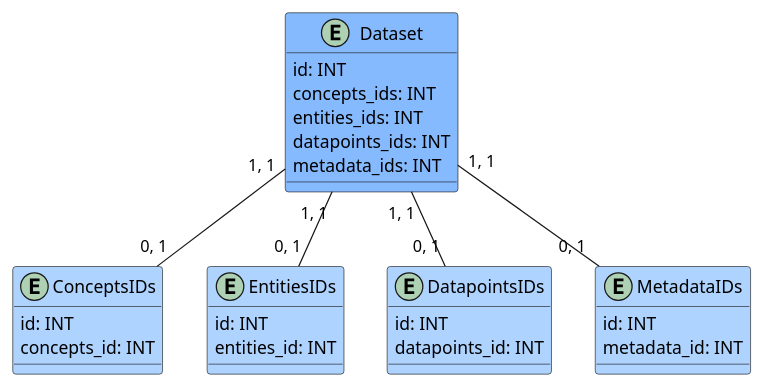
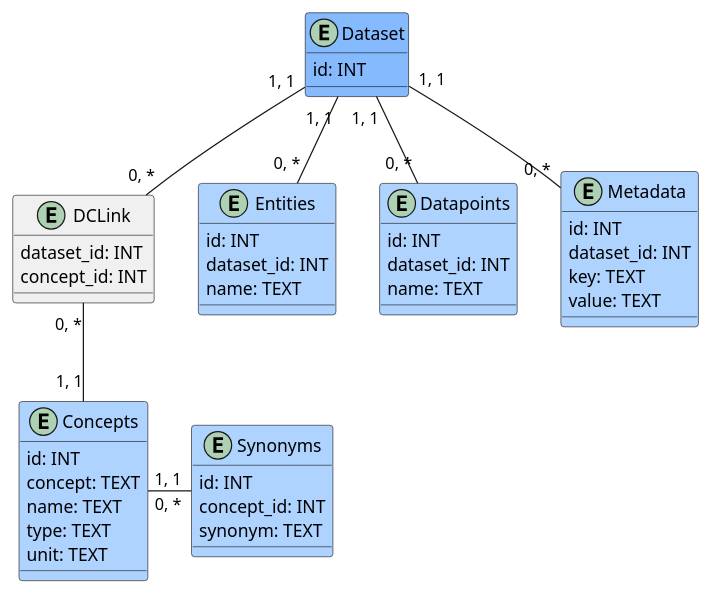
Before and after one commit to hate-crew-member-41/Bricks: the diagram in src/puml/ERM.puml, drawn with PlantUML. The commit also changed 9 other files, not shown here.

```diff
--- a/src/puml/ERM.puml
+++ b/src/puml/ERM.puml
@@ -1,39 +1,56 @@
 @startuml
 
 entity Dataset #86baff {
     id: INT
-    concepts_ids: INT
-    entities_ids: INT
-    datapoints_ids: INT
-    metadata_ids: INT
 }
 
-entity ConceptsIDs #aed3ff {
+entity Concepts #aed3ff {
     id: INT
-    concepts_id: INT
+    concept: TEXT
+    name: TEXT
+    type: TEXT
+    unit: TEXT
 }
 
-Dataset "1, 1"-d-"0, 1" ConceptsIDs
-
-entity EntitiesIDs #aed3ff {
-    id: INT
-    entities_id: INT
+entity DCLink #f0f0f0 {
+    dataset_id: INT
+    concept_id: INT
 }
 
-Dataset "1, 1"-d-"0, 1" EntitiesIDs
+DCLink "0, *"-u-"1, 1" Dataset
+DCLink "0, *"-d-"1, 1" Concepts
 
-entity DatapointsIDs #aed3ff {
+entity Synonyms #aed3ff {
     id: INT
-    datapoints_id: INT
+    concept_id: INT
+    synonym: TEXT
 }
 
-Dataset "1, 1"-d-"0, 1" DatapointsIDs
+Synonyms "0, *"-l-"1, 1" Concepts
 
-entity MetadataIDs #aed3ff {
+entity Entities #aed3ff {
     id: INT
-    metadata_id: INT
+    dataset_id: INT
+    name: TEXT
 }
 
-Dataset "1, 1"-d-"0, 1" MetadataIDs
+Entities "0, *"-u-"1, 1" Dataset
+
+entity Datapoints #aed3ff {
+    id: INT
+    dataset_id: INT
+    name: TEXT
+}
+
+Datapoints "0, *"-u-"1, 1" Dataset
+
+entity Metadata #aed3ff {
+    id: INT
+    dataset_id: INT
+    key: TEXT
+    value: TEXT
+}
+
+Metadata "0, *"-u-"1, 1" Dataset
 
 @enduml
```
